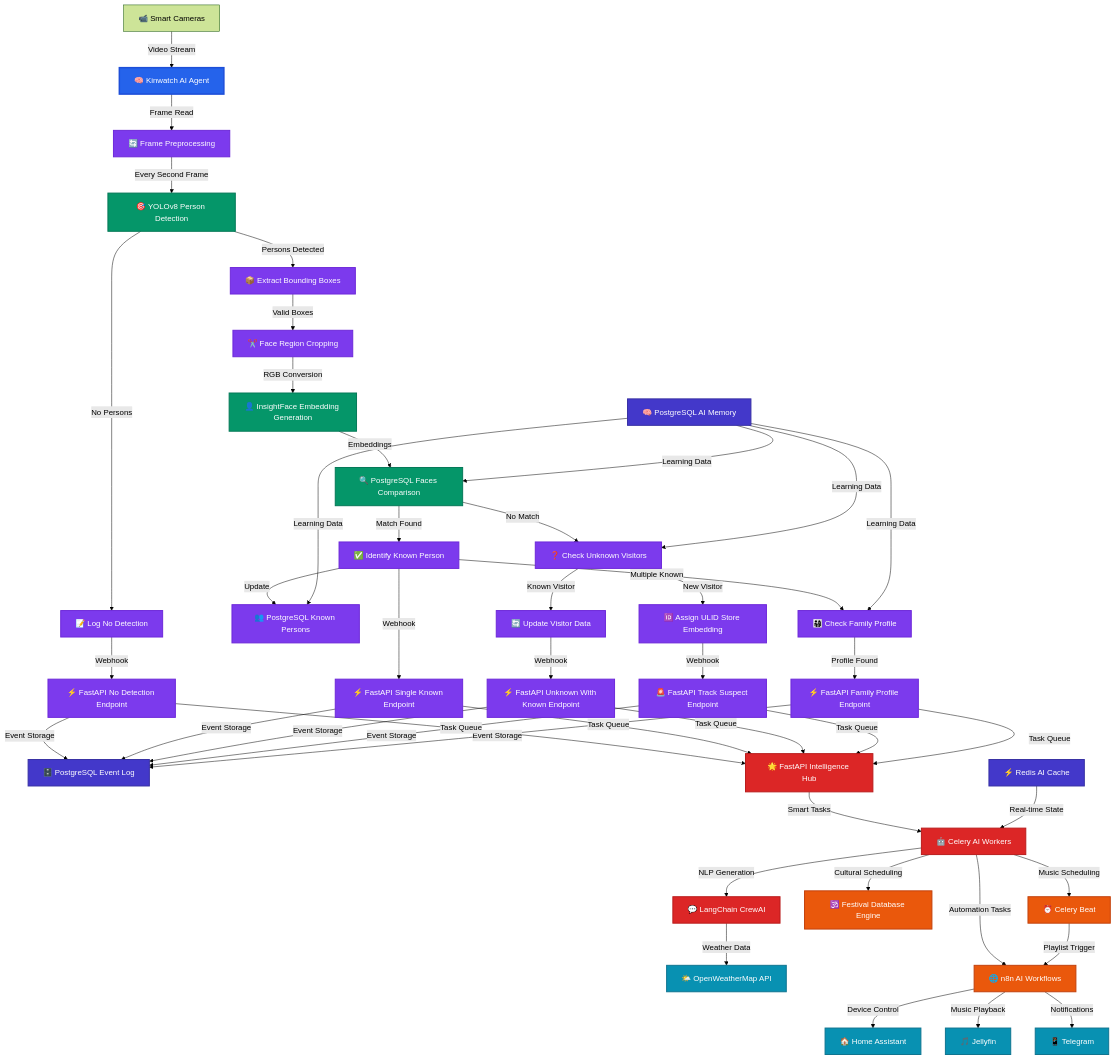
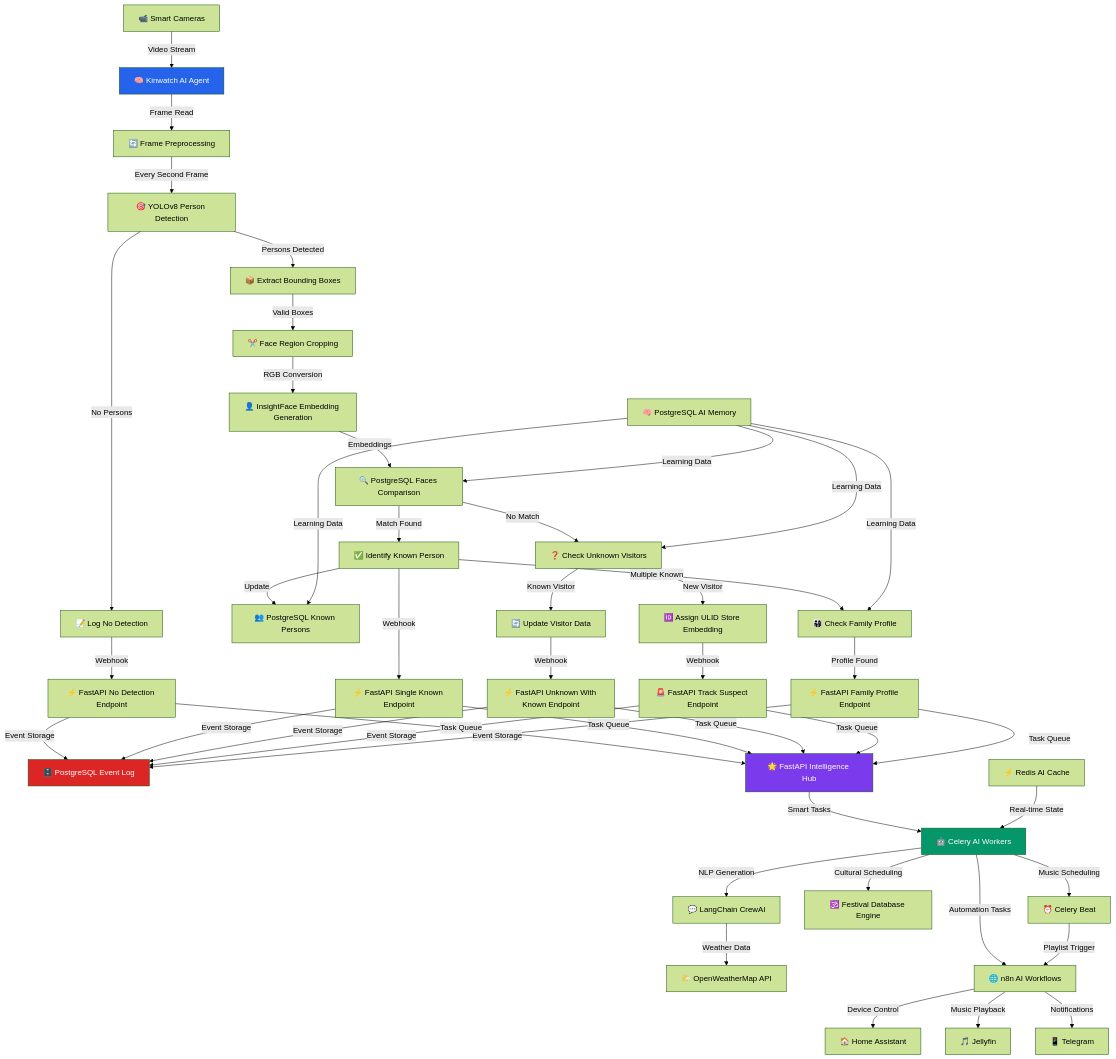
The second of 2 diagrams in README.md (Logulokesh/KinAI-Vision), drawn with Mermaid (forest theme) before and after one commit. The commit also changed other lines of this file, not shown here.

````diff
--- a/README.md
+++ b/README.md
@@ -563,65 +315,52 @@
 ```mermaid
 graph TD
     A[📹 Smart Cameras] -->|Video Stream| B[🧠 Kinwatch AI Agent]
     B -->|Frame Read| B1[🔄 Frame Preprocessing]
     B1 -->|Every Second Frame| B2[🎯 YOLOv8 Person Detection]
     B2 -->|No Persons| B3[📝 Log No Detection]
     B3 -->|Webhook| B4[⚡ FastAPI No Detection Endpoint]
     B2 -->|Persons Detected| B5[📦 Extract Bounding Boxes]
     B5 -->|Valid Boxes| B6[✂️ Face Region Cropping]
     B6 -->|RGB Conversion| B7[👤 InsightFace Embedding Generation]
     B7 -->|Embeddings| B8[🔍 PostgreSQL Faces Comparison]
     B8 -->|Match Found| B9[✅ Identify Known Person]
     B9 -->|Update| B10[👥 PostgreSQL Known Persons]
     B9 -->|Webhook| B11[⚡ FastAPI Single Known Endpoint]
     B8 -->|No Match| B12[❓ Check Unknown Visitors]
     B12 -->|Known Visitor| B13[🔄 Update Visitor Data]
     B13 -->|Webhook| B14[⚡ FastAPI Unknown With Known Endpoint]
     B12 -->|New Visitor| B15[🆔 Assign ULID Store Embedding]
     B15 -->|Webhook| B16[🚨 FastAPI Track Suspect Endpoint]
     B9 -->|Multiple Known| B17[👨‍👩‍👧‍👦 Check Family Profile]
     B17 -->|Profile Found| B18[⚡ FastAPI Family Profile Endpoint]
     B4 -->|Event Storage| C[🗄️ PostgreSQL Event Log]
     B11 -->|Event Storage| C
     B14 -->|Event Storage| C
     B16 -->|Event Storage| C
     B18 -->|Event Storage| C
     B4 -->|Task Queue| D[🌟 FastAPI Intelligence Hub]
     B11 -->|Task Queue| D
     B14 -->|Task Queue| D
     B16 -->|Task Queue| D
     B18 -->|Task Queue| D
     D -->|Smart Tasks| E[🤖 Celery AI Workers]
     E -->|NLP Generation| F[💬 LangChain CrewAI]
     F -->|Weather Data| G[🌤️ OpenWeatherMap API]
     E -->|Cultural Scheduling| H[🕉️ Festival Database Engine]
     E -->|Automation Tasks| I[🌐 n8n AI Workflows]
     I -->|Device Control| J[🏠 Home Assistant]
     I -->|Music Playback| K[🎵 Jellyfin]
     I -->|Notifications| L[📱 Telegram]
     E -->|Music Scheduling| M[⏰ Celery Beat]
     M -->|Playlist Trigger| I
     N[🧠 PostgreSQL AI Memory] -->|Learning Data| B8
     N -->|Learning Data| B10
     N -->|Learning Data| B12
     N -->|Learning Data| B17
     O[⚡ Redis AI Cache] -->|Real-time State| E
     
-    %% Modern styling for both light and dark modes
-    classDef primaryAgent fill:#2563eb,stroke:#1d4ed8,stroke-width:3px,color:#ffffff
-    classDef detection fill:#059669,stroke:#047857,stroke-width:2px,color:#ffffff
-    classDef processing fill:#7c3aed,stroke:#6d28d9,stroke-width:2px,color:#ffffff
-    classDef intelligence fill:#dc2626,stroke:#b91c1c,stroke-width:2px,color:#ffffff
-    classDef automation fill:#ea580c,stroke:#c2410c,stroke-width:2px,color:#ffffff
-    classDef storage fill:#4338ca,stroke:#3730a3,stroke-width:2px,color:#ffffff
-    classDef integration fill:#0891b2,stroke:#0e7490,stroke-width:2px,color:#ffffff
-    
-    class B primaryAgent
-    class B2,B7,B8 detection
-    class B1,B5,B6,B9,B12,B13,B15,B17 processing
-    class D,E,F intelligence
-    class H,I,M automation
-    class C,N,O storage
-    class G,J,K,L integration
-    class B3,B4,B10,B11,B14,B16,B18 processing
+    style B fill:#2563eb,color:#fff
+    style C fill:#dc2626,color:#fff
+    style D fill:#7c3aed,color:#fff
+    style E fill:#059669,color:#fff
 ```
````
